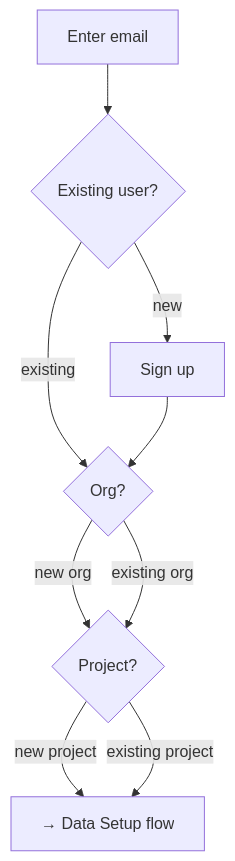
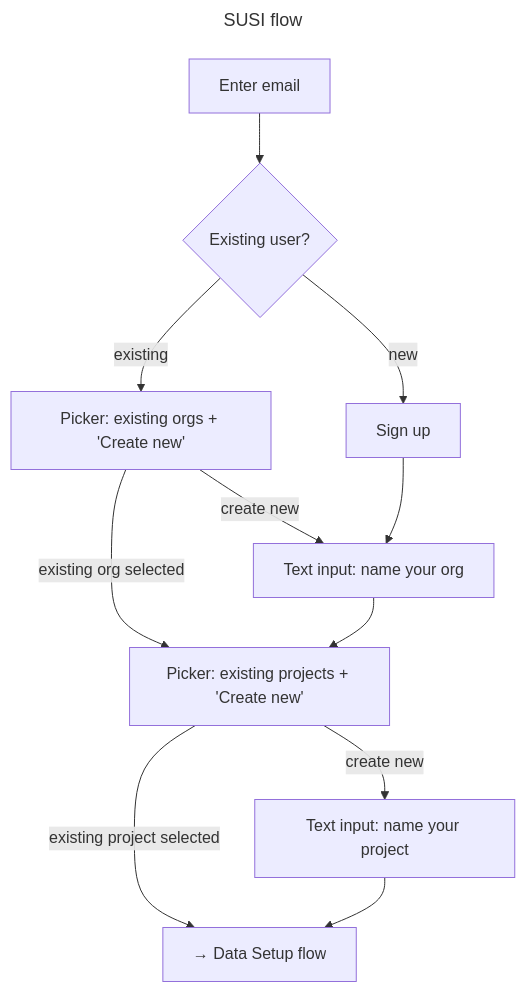
Before and after one commit to amplitude/wizard: the diagram in docs/diagrams/susi-flow.mmd, drawn with Mermaid. The commit also changed 17 other files, not shown here.

First line of the commit message:
Add CLAUDE.md, expand flows, and update docs

```diff
--- a/docs/diagrams/susi-flow.mmd
+++ b/docs/diagrams/susi-flow.mmd
@@ -1,8 +1,14 @@
+---
+title: SUSI flow
+---
 flowchart TD
     EMAIL["Enter email"] --> USER_TYPE{Existing user?}
-    USER_TYPE -->|existing| ORG{Org?}
-    USER_TYPE -->|new| SIGNUP["Sign up"] --> ORG
-    ORG -->|new org| PROJECT{Project?}
-    ORG -->|existing org| PROJECT
-    PROJECT -->|new project| DONE["→ Data Setup flow"]
-    PROJECT -->|existing project| DONE
+    USER_TYPE -->|existing| ORG_PICKER["Picker: existing orgs + 'Create new'"]
+    USER_TYPE -->|new| SIGNUP["Sign up"] --> ORG_NAME["Text input: name your org"]
+
+    ORG_PICKER -->|existing org selected| PROJ_PICKER
+    ORG_PICKER -->|create new| ORG_NAME --> PROJ_PICKER
+
+    PROJ_PICKER["Picker: existing projects + 'Create new'"]
+    PROJ_PICKER -->|existing project selected| DONE["→ Data Setup flow"]
+    PROJ_PICKER -->|create new| PROJ_NAME["Text input: name your project"] --> DONE
```
